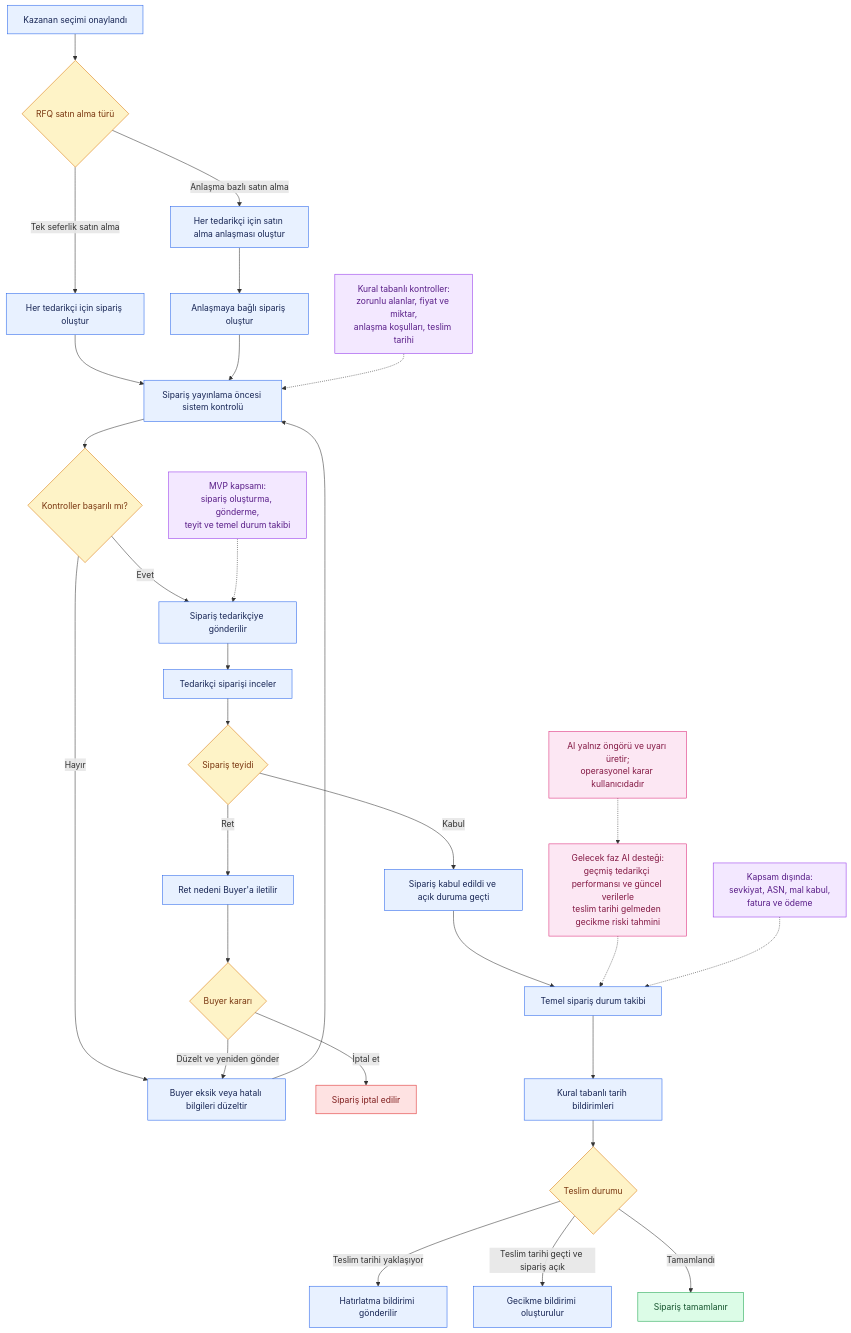
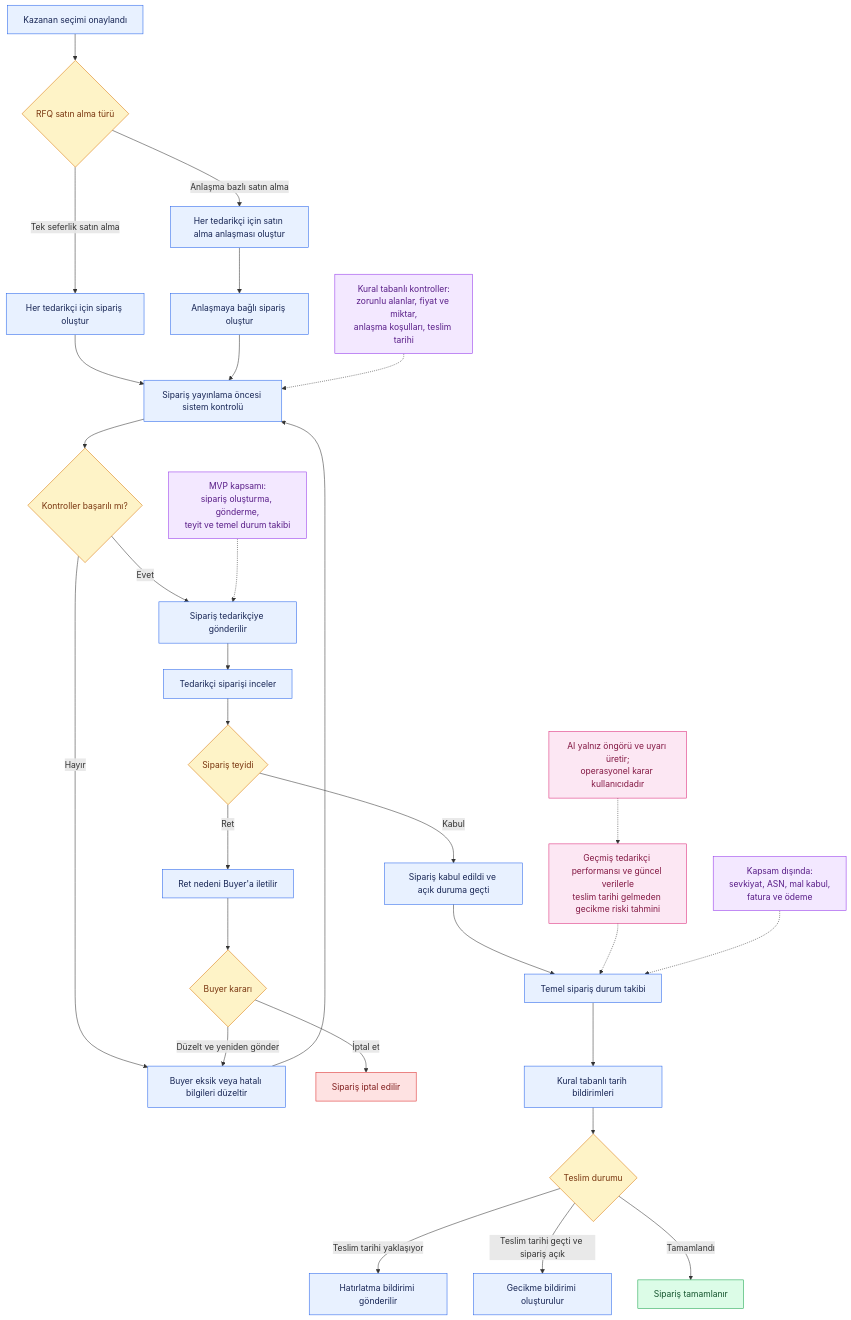
One commit to Cemalll/SupplierPortal changed the diagram in docs/flowcharts/07_anlasma_veya_siparis.mmd. Above: the diagram before and after it, drawn with Mermaid.

```diff
--- a/docs/flowcharts/07_anlasma_veya_siparis.mmd
+++ b/docs/flowcharts/07_anlasma_veya_siparis.mmd
@@ -1,52 +1,52 @@
 flowchart TD
     A["Kazanan seçimi onaylandı"] --> B{"RFQ satın alma türü"}
 
     B -->|Tek seferlik satın alma| C["Her tedarikçi için sipariş oluştur"]
     B -->|Anlaşma bazlı satın alma| D["Her tedarikçi için satın alma anlaşması oluştur"]
     D --> E["Anlaşmaya bağlı sipariş oluştur"]
 
     C --> F["Sipariş yayınlama öncesi sistem kontrolü"]
     E --> F
 
     F --> G{"Kontroller başarılı mı?"}
     G -->|Hayır| H["Buyer eksik veya hatalı bilgileri düzeltir"]
     H --> F
     G -->|Evet| I["Sipariş tedarikçiye gönderilir"]
 
     J["Kural tabanlı kontroller:<br/>zorunlu alanlar, fiyat ve miktar,<br/>anlaşma koşulları, teslim tarihi"] -.-> F
 
     I --> K["Tedarikçi siparişi inceler"]
     K --> L{"Sipariş teyidi"}
 
     L -->|Kabul| M["Sipariş kabul edildi ve açık duruma geçti"]
     L -->|Ret| N["Ret nedeni Buyer'a iletilir"]
     N --> O{"Buyer kararı"}
     O -->|Düzelt ve yeniden gönder| H
     O -->|İptal et| P["Sipariş iptal edilir"]
 
     M --> Q["Temel sipariş durum takibi"]
     Q --> R["Kural tabanlı tarih bildirimleri"]
     R --> S{"Teslim durumu"}
     S -->|Teslim tarihi yaklaşıyor| T["Hatırlatma bildirimi gönderilir"]
     S -->|Teslim tarihi geçti ve sipariş açık| U["Gecikme bildirimi oluşturulur"]
     S -->|Tamamlandı| V["Sipariş tamamlanır"]
 
-    W["Gelecek faz AI desteği:<br/>geçmiş tedarikçi performansı ve güncel verilerle<br/>teslim tarihi gelmeden gecikme riski tahmini"] -.-> Q
+    W["Geçmiş tedarikçi performansı ve güncel verilerle<br/>teslim tarihi gelmeden gecikme riski tahmini"] -.-> Q
     X["AI yalnız öngörü ve uyarı üretir;<br/>operasyonel karar kullanıcıdadır"] -.-> W
 
     Y["MVP kapsamı:<br/>sipariş oluşturma, gönderme,<br/>teyit ve temel durum takibi"] -.-> I
     Z["Kapsam dışında:<br/>sevkiyat, ASN, mal kabul,<br/>fatura ve ödeme"] -.-> Q
 
     classDef process fill:#E8F1FF,stroke:#2563EB,color:#172554
     classDef decision fill:#FEF3C7,stroke:#D97706,color:#78350F
     classDef rule fill:#F3E8FF,stroke:#9333EA,color:#581C87
     classDef ai fill:#FCE7F3,stroke:#DB2777,color:#831843
     classDef success fill:#DCFCE7,stroke:#16A34A,color:#14532D
     classDef reject fill:#FEE2E2,stroke:#DC2626,color:#7F1D1D
 
     class A,C,D,E,F,H,I,K,M,N,Q,R,T,U process
     class B,G,L,O,S decision
     class J,Y,Z rule
     class W,X ai
     class V success
     class P reject
```
